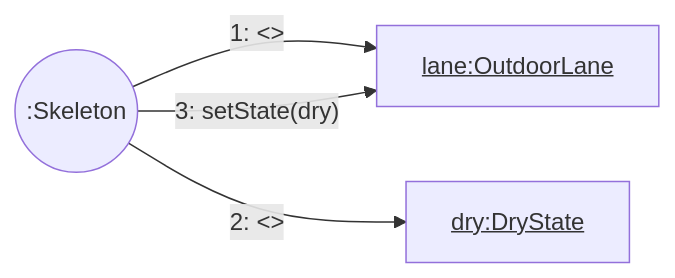
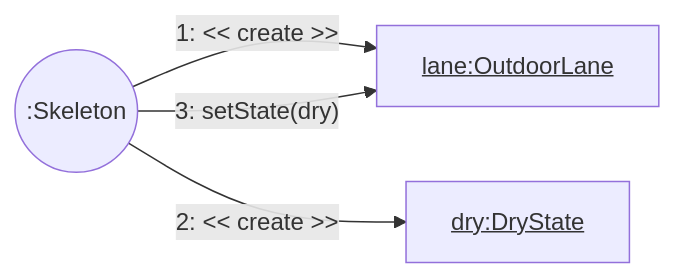
One commit to toth-andor/UneNotteANapoli changed the diagram in docs/05/kommunikacios_diagrammok/01-havazas.md. Above: the diagram before and after it, drawn with Mermaid.

````diff
--- a/docs/05/kommunikacios_diagrammok/01-havazas.md
+++ b/docs/05/kommunikacios_diagrammok/01-havazas.md
@@ -1,10 +1,10 @@
 ```mermaid 
 graph LR
     SK((:Skeleton))
     OL[<u>lane:OutdoorLane</u>]
     DS[<u>dry:DryState</u>]
 
-    SK -- "1: <<create>>" --> OL
-    SK -- "2: <<create>>" --> DS
+    SK -- "1: << create >>" --> OL
+    SK -- "2: << create >>" --> DS
     SK -- "3: setState(dry)" --> OL
 ```
````
